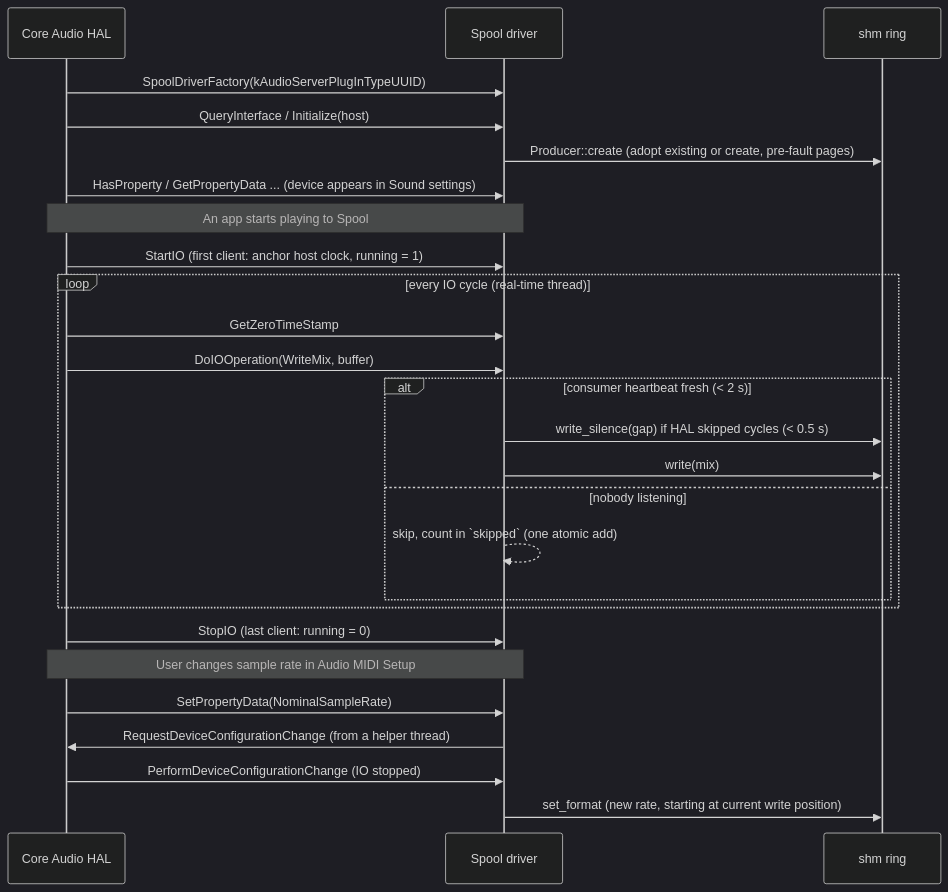
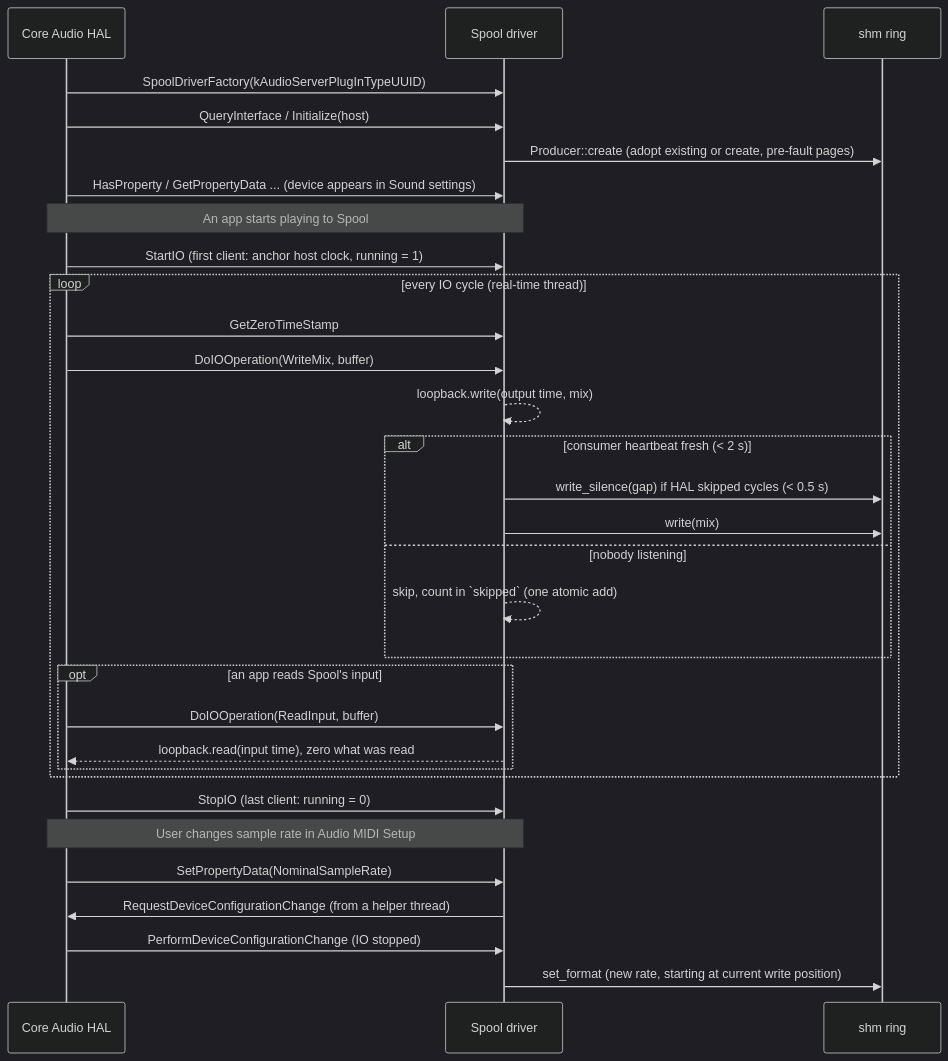
Before and after one commit to phil3k3/spool: the fourth of 13 diagrams in docs/ARCHITECTURE.md, drawn with Mermaid (dark theme). The commit also changed other lines of this file and 7 other files, not shown here.

Commit message:
Spool: add loopback

````diff
--- a/docs/ARCHITECTURE.md
+++ b/docs/ARCHITECTURE.md
@@ -108,31 +126,36 @@
 ```mermaid
 sequenceDiagram
     participant HAL as Core Audio HAL
     participant DRV as Spool driver
     participant SHM as shm ring
 
     HAL->>DRV: SpoolDriverFactory(kAudioServerPlugInTypeUUID)
     HAL->>DRV: QueryInterface / Initialize(host)
     DRV->>SHM: Producer::create (adopt existing or create, pre-fault pages)
     HAL->>DRV: HasProperty / GetPropertyData ... (device appears in Sound settings)
 
     Note over HAL,DRV: An app starts playing to Spool
     HAL->>DRV: StartIO (first client: anchor host clock, running = 1)
     loop every IO cycle (real-time thread)
         HAL->>DRV: GetZeroTimeStamp
         HAL->>DRV: DoIOOperation(WriteMix, buffer)
+        DRV-->>DRV: loopback.write(output time, mix)
         alt consumer heartbeat fresh (< 2 s)
             DRV->>SHM: write_silence(gap) if HAL skipped cycles (< 0.5 s)
             DRV->>SHM: write(mix)
         else nobody listening
             DRV-->>DRV: skip, count in `skipped` (one atomic add)
+        end
+        opt an app reads Spool's input
+            HAL->>DRV: DoIOOperation(ReadInput, buffer)
+            DRV-->>HAL: loopback.read(input time), zero what was read
         end
     end
     HAL->>DRV: StopIO (last client: running = 0)
 
     Note over HAL,DRV: User changes sample rate in Audio MIDI Setup
     HAL->>DRV: SetPropertyData(NominalSampleRate)
     DRV->>HAL: RequestDeviceConfigurationChange (from a helper thread)
     HAL->>DRV: PerformDeviceConfigurationChange (IO stopped)
     DRV->>SHM: set_format (new rate, starting at current write position)
 ```
````
